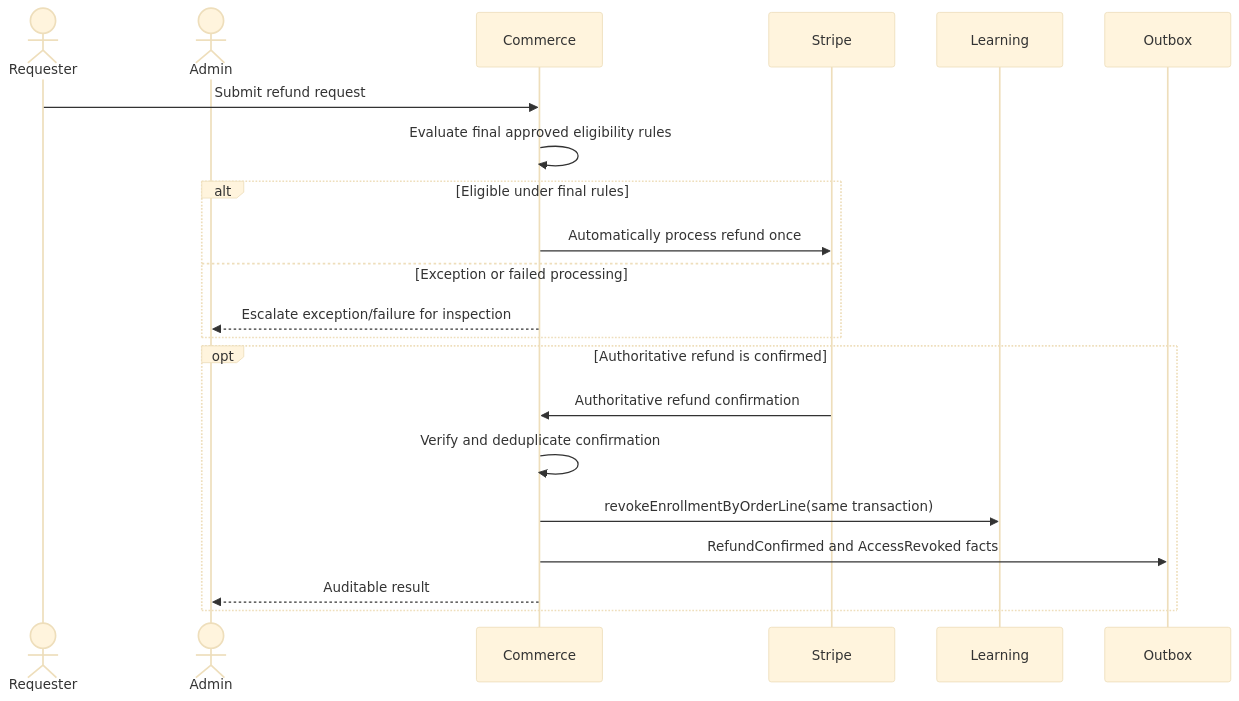
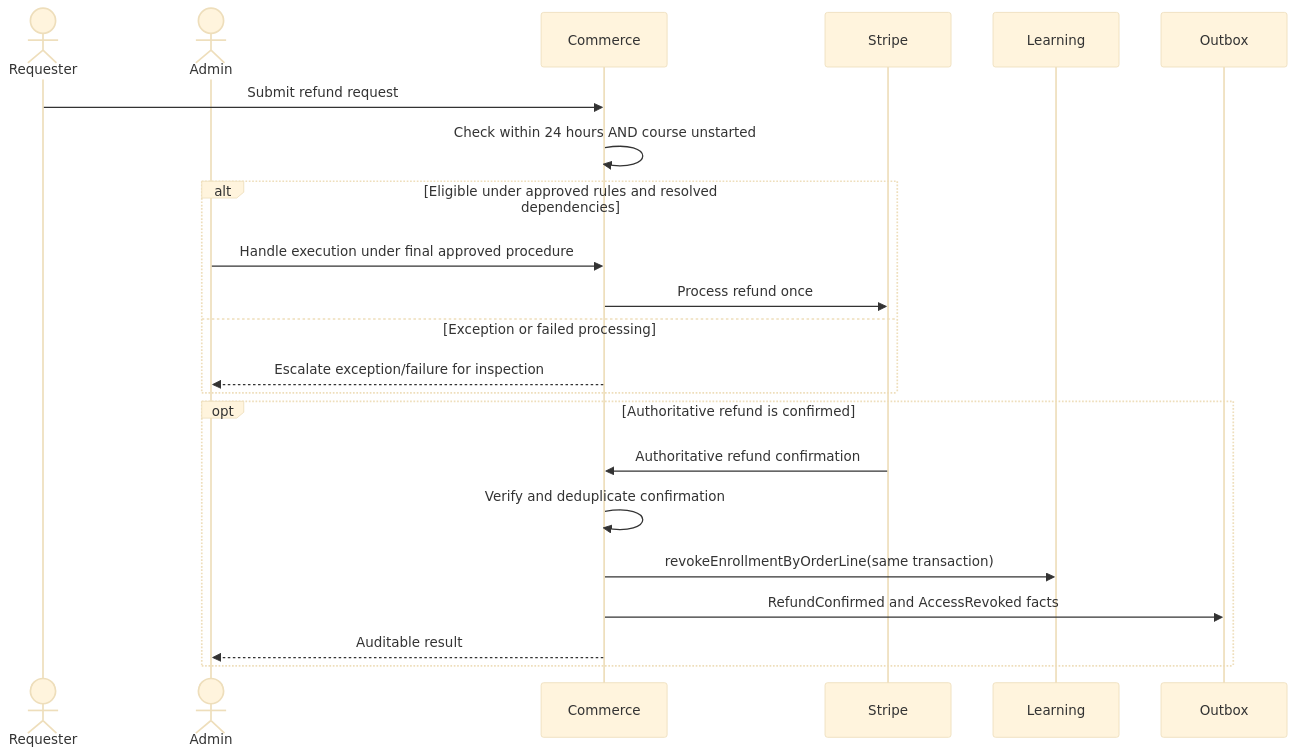
The fourth of 4 diagrams in docs/architecture/modules.md (IBPA-ANDREEVA/lms-academy), drawn with Mermaid (base theme) before and after one commit. The commit also changed other lines of this file and 39 other files, not shown here.

````diff
--- a/docs/architecture/modules.md
+++ b/docs/architecture/modules.md
@@ -427,24 +442,25 @@
 ```mermaid
 sequenceDiagram
     actor Requester
     actor Admin
     participant C as Commerce
     participant P as Stripe
     participant L as Learning
     participant O as Outbox
 
     Requester->>C: Submit refund request
-    C->>C: Evaluate final approved eligibility rules
-    alt Eligible under final rules
-      C->>P: Automatically process refund once
+    C->>C: Check within 24 hours AND course unstarted
+    alt Eligible under approved rules and resolved dependencies
+      Admin->>C: Handle execution under final approved procedure
+      C->>P: Process refund once
     else Exception or failed processing
       C-->>Admin: Escalate exception/failure for inspection
     end
     opt Authoritative refund is confirmed
       P->>C: Authoritative refund confirmation
       C->>C: Verify and deduplicate confirmation
       C->>L: revokeEnrollmentByOrderLine(same transaction)
       C->>O: RefundConfirmed and AccessRevoked facts
       C-->>Admin: Auditable result
     end
 ```
````
